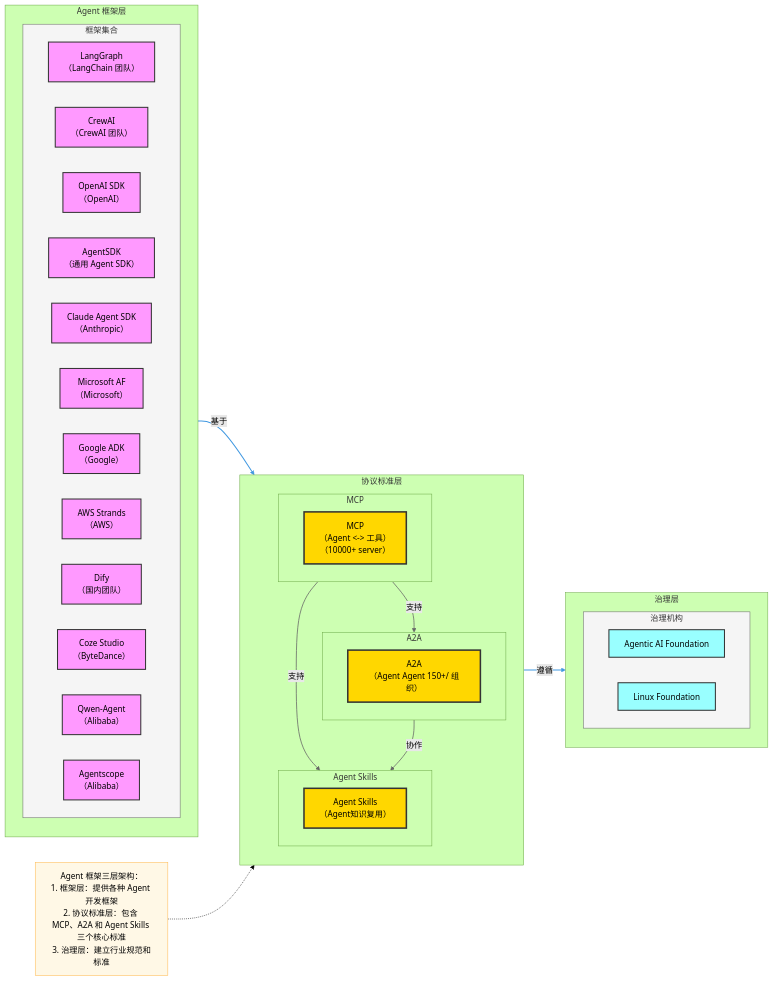
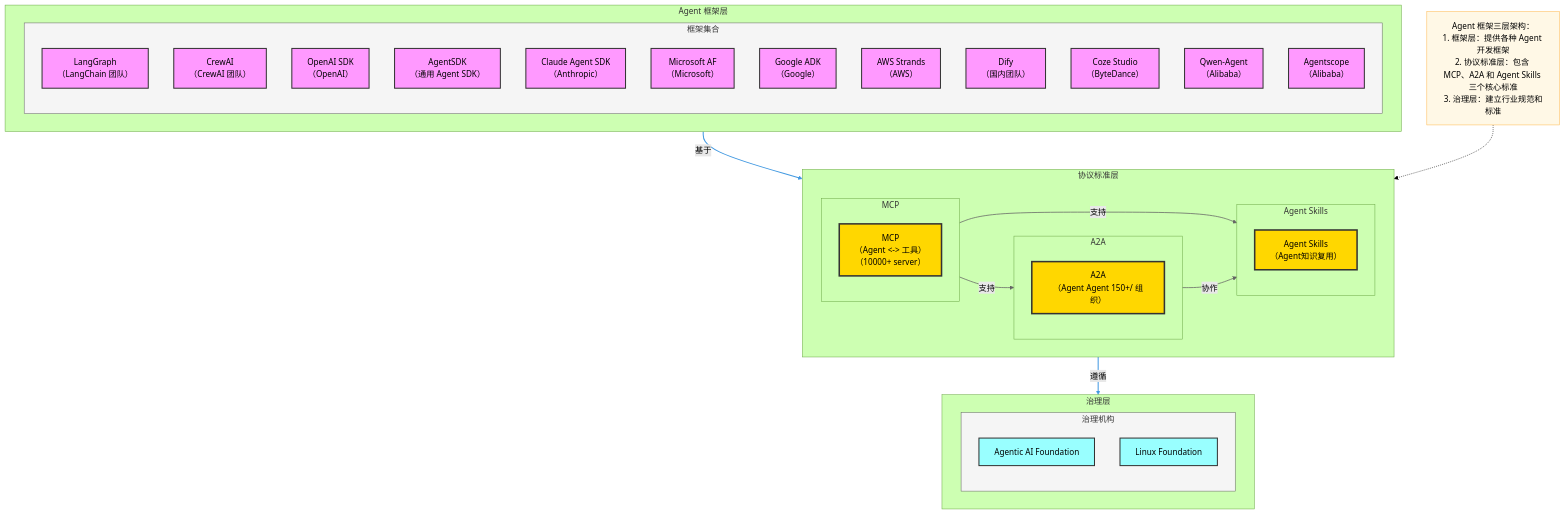
Before and after one commit to amuqiao/agentscope-1.0.16: the diagram in docs/项目分析/Agent框架三层架构图.md, drawn with Mermaid (forest theme).

````diff
--- a/docs/项目分析/Agent框架三层架构图.md
+++ b/docs/项目分析/Agent框架三层架构图.md
@@ -1,79 +1,79 @@
 ```mermaid
-flowchart LR
+flowchart TB
     %% 样式定义（沿用参考风格，保持视觉一致性）
     classDef frameworkStyle fill:#f9f,stroke:#333,stroke-width:2px
     classDef protocolStyle fill:#ffd700,stroke:#333,stroke-width:3px
     classDef governanceStyle fill:#9ff,stroke:#333,stroke-width:2px
     classDef subgraphStyle fill:#f5f5f5,stroke:#666,stroke-width:1px,rounded:10px
     classDef layerStyle fill:#e8f4f8,stroke:#4299e1,stroke-width:1.5px,rounded:10px
     classDef ruleNoteStyle fill:#fff8e6,stroke:#ffb74d,stroke-width:1px,rounded:8px
 
     %% 1. Agent 框架层
     subgraph agentLayer["Agent 框架层"]
         subgraph frameworks["框架集合"]
             A[LangGraph<br/>（LangChain 团队）]:::frameworkStyle
             B[CrewAI<br/>（CrewAI 团队）]:::frameworkStyle
             C[OpenAI SDK<br/>（OpenAI）]:::frameworkStyle
             D[AgentSDK<br/>（通用 Agent SDK）]:::frameworkStyle
             E[Claude Agent SDK<br/>（Anthropic）]:::frameworkStyle
             F[Microsoft AF<br/>（Microsoft）]:::frameworkStyle
             G[Google ADK<br/>（Google）]:::frameworkStyle
             H[AWS Strands<br/>（AWS）]:::frameworkStyle
             I[Dify<br/>（国内团队）]:::frameworkStyle
             J[Coze Studio<br/>（ByteDance）]:::frameworkStyle
             K[Qwen-Agent<br/>（Alibaba）]:::frameworkStyle
             L[Agentscope<br/>（Alibaba）]:::frameworkStyle
         end
     end
     class agentLayer layerStyle
     class frameworks subgraphStyle
 
     %% 2. 协议标准层
     subgraph protocolLayer["协议标准层"]
         %% MCP 部分
         subgraph mcpSection["MCP"]
             M1[MCP<br/>（Agent <-> 工具）<br/>（10000+ server）]:::protocolStyle
         end
         class mcpSection subgraphStyle
 
         %% A2A 部分
         subgraph a2aSection["A2A"]
             A1[A2A<br/>（Agent Agent 150+/ 组织）]:::protocolStyle
         end
         class a2aSection subgraphStyle
 
         %% Agent Skills 部分
         subgraph skillsSection["Agent Skills"]
             S1[Agent Skills<br/>（Agent知识复用）]:::protocolStyle
         end
         class skillsSection subgraphStyle
     end
     class protocolLayer layerStyle
 
     %% 3. 治理层
     subgraph governanceLayer["治理层"]
         subgraph governance["治理机构"]
             R[Agentic AI Foundation]:::governanceStyle
             S[Linux Foundation]:::governanceStyle
         end
     end
     class governanceLayer layerStyle
     class governance subgraphStyle
 
     %% 层级关系
     agentLayer -->|基于| protocolLayer
     protocolLayer -->|遵循| governanceLayer
 
     %% 协议标准层内部关系
     mcpSection -->|支持| a2aSection
     mcpSection -->|支持| skillsSection
     a2aSection -->|协作| skillsSection
 
     %% 连接线样式
     linkStyle 0,1 stroke:#4299e1,stroke-width:2px,arrowheadStyle:filled
     linkStyle 2,3,4 stroke:#666,stroke-width:1.5px,arrowheadStyle:filled
 
     %% 架构说明
     Note[Agent 框架三层架构：<br/>1. 框架层：提供各种 Agent 开发框架<br/>2. 协议标准层：包含 MCP、A2A 和 Agent Skills 三个核心标准<br/>3. 治理层：建立行业规范和标准]:::ruleNoteStyle
     Note -.-> protocolLayer
 ```
````
